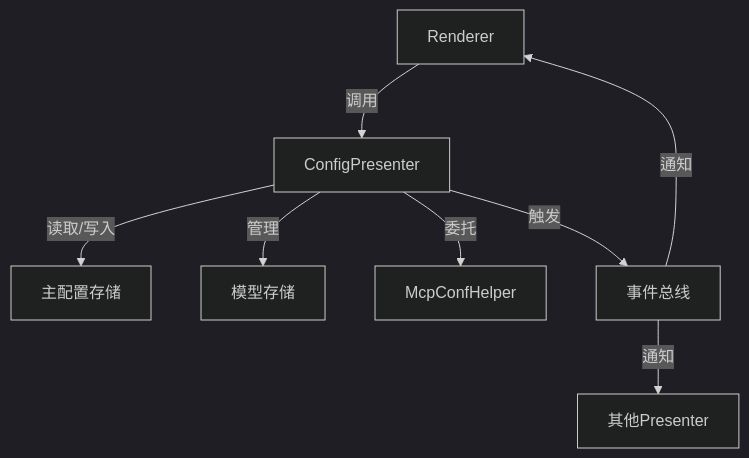
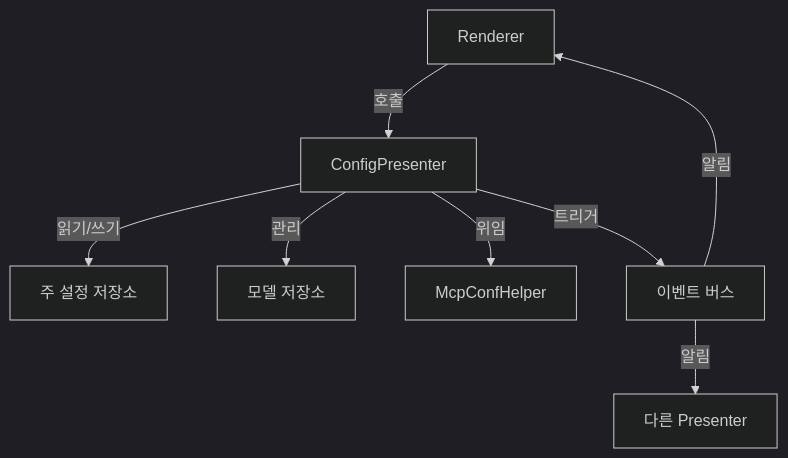
Before and after one commit to lufepoh/deepchat: the third of 3 diagrams in docs/config-presenter-architecture.md, drawn with Mermaid (dark theme). The commit also changed other lines of this file and 17 other files, not shown here.

````diff
--- a/docs/config-presenter-architecture.md
+++ b/docs/config-presenter-architecture.md
@@ -118,10 +118,10 @@
 ```mermaid
 flowchart TD
-    A[Renderer] -->|调用| B[ConfigPresenter]
-    B -->|读取/写入| C[主配置存储]
-    B -->|管理| D[模型存储]
-    B -->|委托| E[McpConfHelper]
-    B -->|触发| F[事件总线]
-    F -->|通知| G[其他Presenter]
-    F -->|通知| A
+    A[Renderer] -->|호출| B[ConfigPresenter]
+    B -->|읽기/쓰기| C[주 설정 저장소]
+    B -->|관리| D[모델 저장소]
+    B -->|위임| E[McpConfHelper]
+    B -->|트리거| F[이벤트 버스]
+    F -->|알림| G[다른 Presenter]
+    F -->|알림| A
 ```
````
